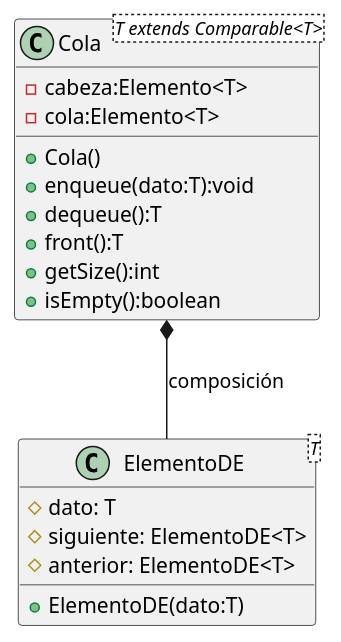
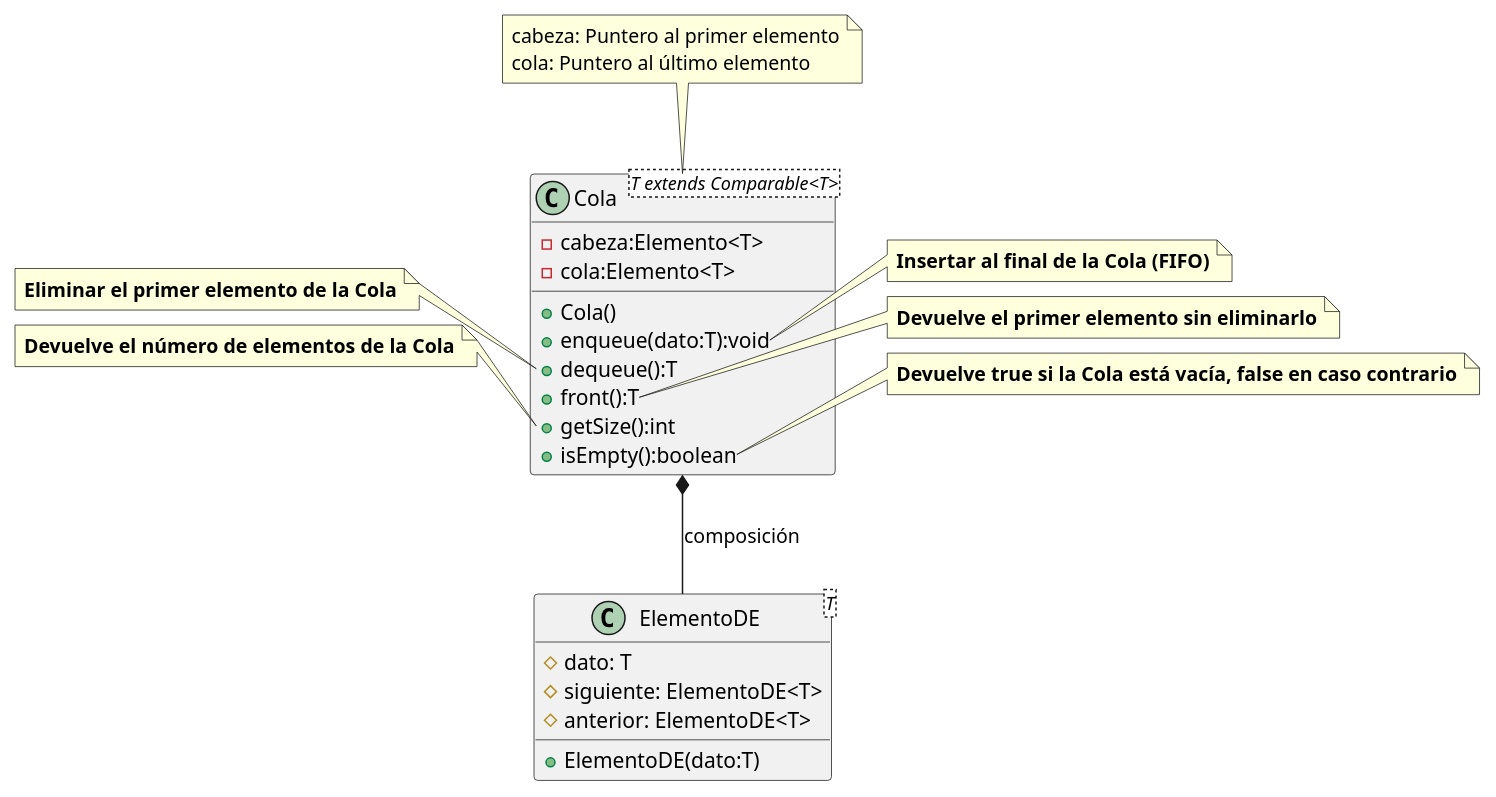
One commit to hugob-gl07/Estructura-Datos-Equipo changed the diagram in src/EstructurasdeDatos/Cola/ColaModular/Diagrama Cola.puml. Above: the diagram before and after it, drawn with PlantUML. The commit also changed other lines of this file and 12 other files, not shown here.

Commit message:
Cambios en los diagrama ULM

```diff
--- a/src/EstructurasdeDatos/Cola/ColaModular/Diagrama Cola.puml
+++ b/src/EstructurasdeDatos/Cola/ColaModular/Diagrama Cola.puml
@@ -1,19 +1,45 @@
 @startuml
 class Cola<T extends Comparable<T>>{
     - cabeza:Elemento<T>
     - cola:Elemento<T>
     + Cola()
     + enqueue(dato:T):void
     + dequeue():T
     + front():T
     + getSize():int
     + isEmpty():boolean
 }
 class ElementoDE<T> {
     # dato: T
     # siguiente: ElementoDE<T>
     # anterior: ElementoDE<T>
     + ElementoDE(dato:T)
 }
 Cola *-- ElementoDE : composición
+
+note right of Cola::enqueue
+**Insertar al final de la Cola (FIFO)**
+end note
+
+note left of Cola::dequeue
+**Eliminar el primer elemento de la Cola**
+end note
+
+note right of Cola::front
+**Devuelve el primer elemento sin eliminarlo**
+end note
+
+note left of Cola::getSize
+**Devuelve el número de elementos de la Cola**
+end note
+
+note right of Cola::isEmpty
+**Devuelve true si la Cola está vacía, false en caso contrario**
+end note
+
+note top of Cola
+cabeza: Puntero al primer elemento
+cola: Puntero al último elemento
+end note
+
 @enduml
```
